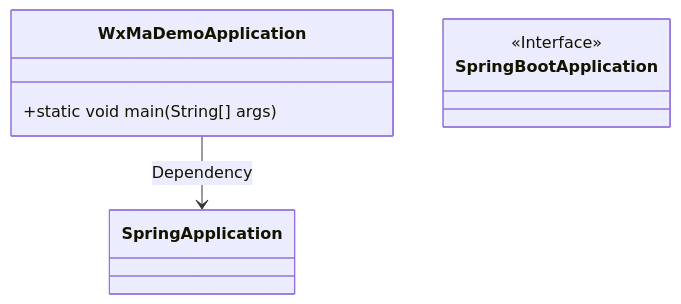
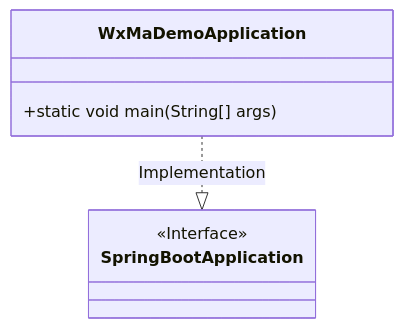
The first of 2 diagrams in docs/en/docs/src/main/java/com/github/binarywang/demo/wx/miniapp/WxMaDemoApplication.md (v-wjrong/binary_weixin-java-miniapp-demo), drawn with Mermaid before and after one commit. The commit also changed other lines of this file and 47 other files, not shown here.

````diff
--- a/docs/en/docs/src/main/java/com/github/binarywang/demo/wx/miniapp/WxMaDemoApplication.md
+++ b/docs/en/docs/src/main/java/com/github/binarywang/demo/wx/miniapp/WxMaDemoApplication.md
@@ -36,12 +36,11 @@
 ```mermaid
 classDiagram
     class WxMaDemoApplication {
         +static void main(String[] args)
     }
 
     class SpringBootApplication <<Interface>> {
-        <<Interface>>
     }
 
-    WxMaDemoApplication --> SpringApplication : Dependency
+    WxMaDemoApplication ..|> SpringBootApplication : Implementation
 ```
````
